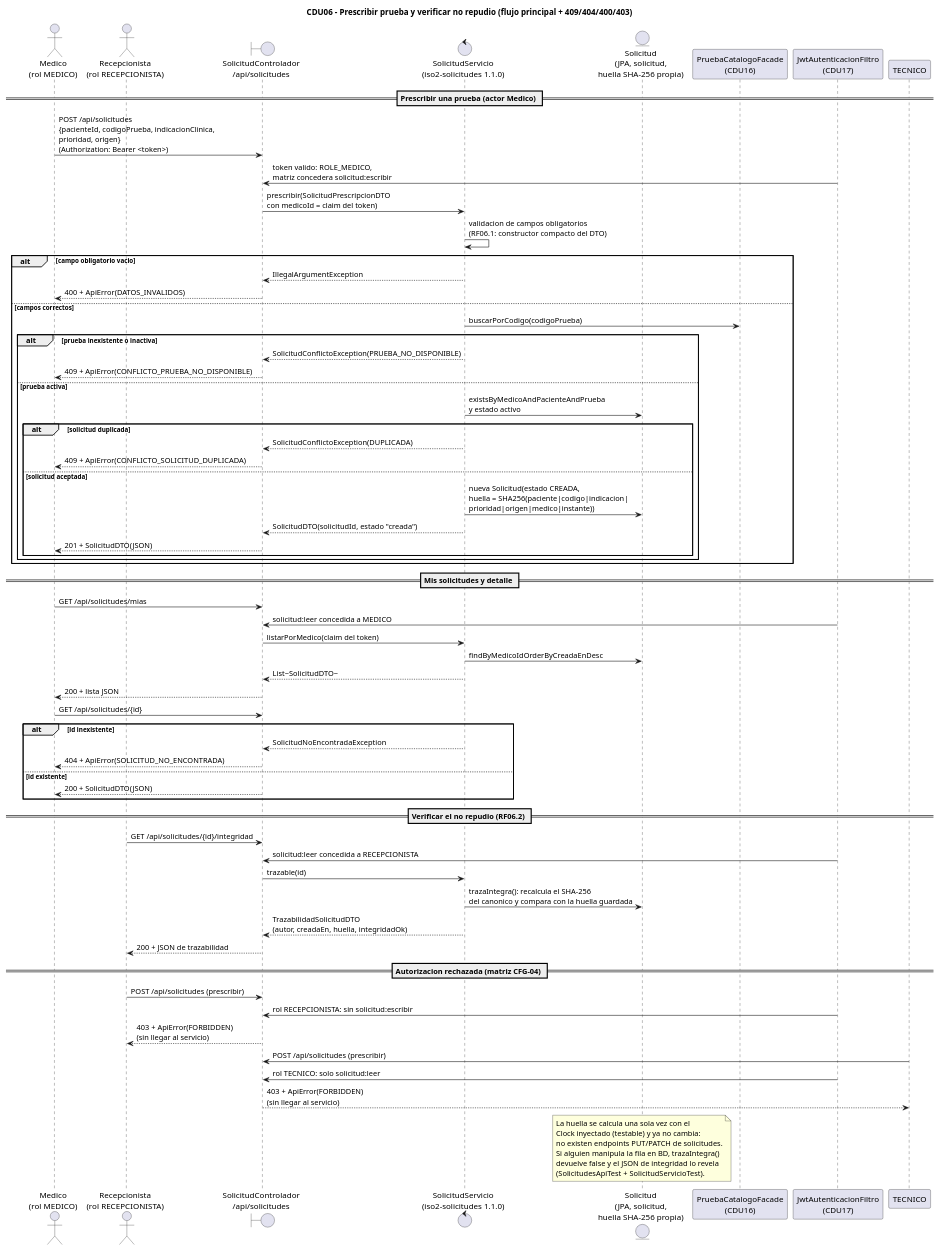
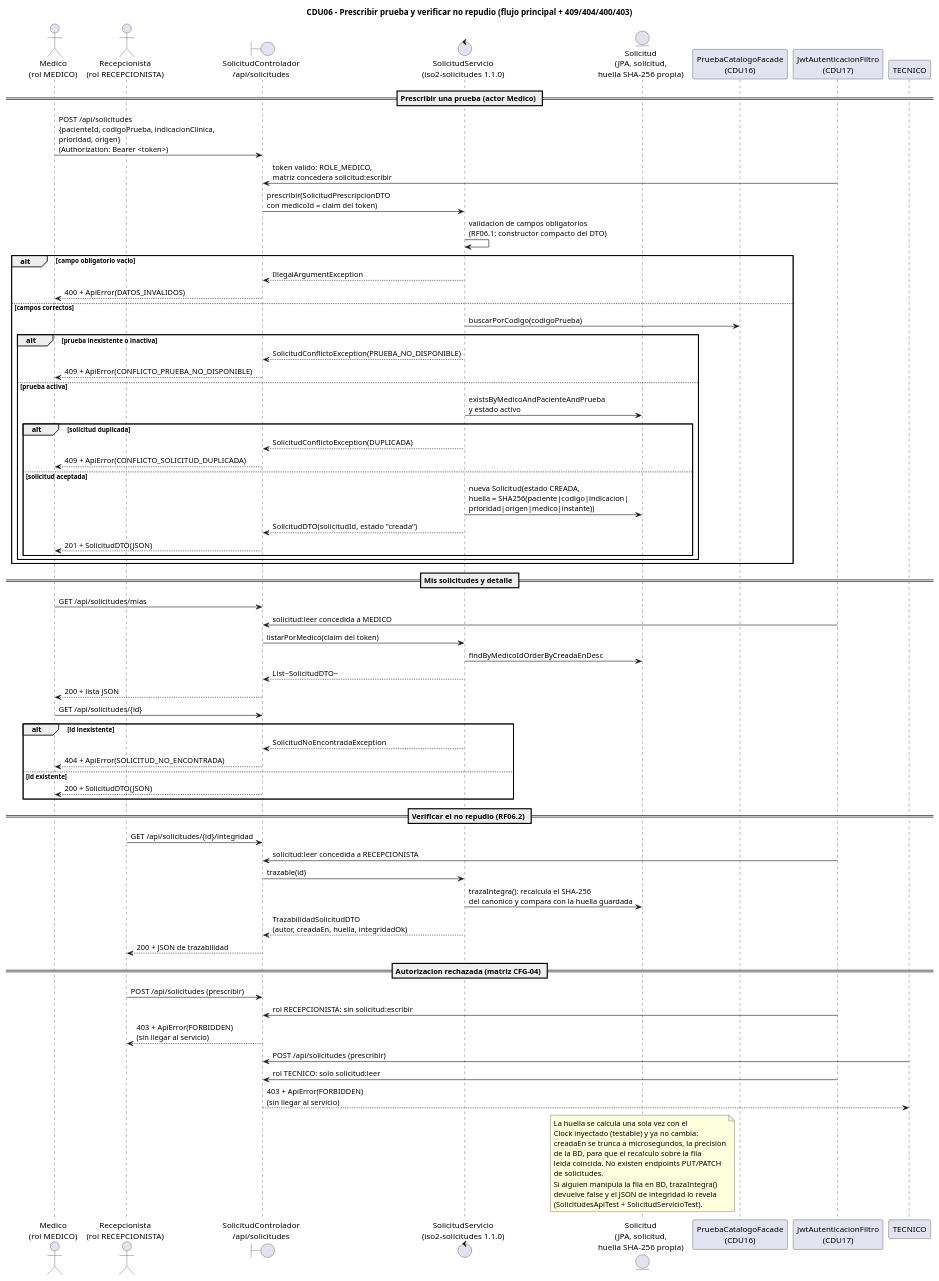
Before and after one commit to IsmaelCaballero/PrISO2-25-26: the diagram in docs/modelo/iter04/cdu06-secuencia.puml, drawn with PlantUML. The commit also changed 31 other files, not shown here.

```diff
--- a/docs/modelo/iter04/cdu06-secuencia.puml
+++ b/docs/modelo/iter04/cdu06-secuencia.puml
@@ -1,83 +1,86 @@
 @startuml cdu06-secuencia
 ' CDU06 (Iter4/CFG-04) - Secuencia de prescripcion, consulta y verificacion de huella
 ' Autor: agente (diseno previo al codigo, issue #30) - fuentes PlantUML (D31)
 title CDU06 - Prescribir prueba y verificar no repudio (flujo principal + 409/404/400/403)
 
 skinparam sequence {
   LifeLineParticipant true
 }
 
 actor "Medico\n(rol MEDICO)" as MEDICO
 actor "Recepcionista\n(rol RECEPCIONISTA)" as RECEP
 boundary "SolicitudControlador\n/api/solicitudes" as CTRL
 control "SolicitudServicio\n(iso2-solicitudes 1.1.0)" as SVC
 entity "Solicitud\n(JPA, solicitud,\nhuella SHA-256 propia)" as SOL
 participant "PruebaCatalogoFacade\n(CDU16)" as CAT
 participant "JwtAutenticacionFiltro\n(CDU17)" as FILTRO
 
 == Prescribir una prueba (actor Medico) ==
 MEDICO -> CTRL : POST /api/solicitudes\n{pacienteId, codigoPrueba, indicacionClinica,\nprioridad, origen}\n(Authorization: Bearer <token>)
 CTRL <- FILTRO : token valido: ROLE_MEDICO,\nmatriz concedera solicitud:escribir
 CTRL -> SVC : prescribir(SolicitudPrescripcionDTO\ncon medicoId = claim del token)
 SVC -> SVC : validacion de campos obligatorios\n(RF06.1: constructor compacto del DTO)
 alt campo obligatorio vacio
   SVC --> CTRL : IllegalArgumentException
   CTRL --> MEDICO : 400 + ApiError(DATOS_INVALIDOS)
 else campos correctos
   SVC -> CAT : buscarPorCodigo(codigoPrueba)
   alt prueba inexistente o inactiva
     SVC --> CTRL : SolicitudConflictoException(PRUEBA_NO_DISPONIBLE)
     CTRL --> MEDICO : 409 + ApiError(CONFLICTO_PRUEBA_NO_DISPONIBLE)
   else prueba activa
     SVC -> SOL : existsByMedicoAndPacienteAndPrueba\ny estado activo
     alt solicitud duplicada
       SVC --> CTRL : SolicitudConflictoException(DUPLICADA)
       CTRL --> MEDICO : 409 + ApiError(CONFLICTO_SOLICITUD_DUPLICADA)
     else solicitud aceptada
       SVC -> SOL : nueva Solicitud(estado CREADA,\nhuella = SHA256(paciente|codigo|indicacion|\nprioridad|origen|medico|instante))
       SVC --> CTRL : SolicitudDTO(solicitudId, estado "creada")
       CTRL --> MEDICO : 201 + SolicitudDTO(JSON)
     end
   end
 end
 
 == Mis solicitudes y detalle ==
 MEDICO -> CTRL : GET /api/solicitudes/mias
 CTRL <- FILTRO : solicitud:leer concedida a MEDICO
 CTRL -> SVC : listarPorMedico(claim del token)
 SVC -> SOL : findByMedicoIdOrderByCreadaEnDesc
 SVC --> CTRL : List~SolicitudDTO~
 CTRL --> MEDICO : 200 + lista JSON
 MEDICO -> CTRL : GET /api/solicitudes/{id}
 alt id inexistente
   SVC --> CTRL : SolicitudNoEncontradaException
   CTRL --> MEDICO : 404 + ApiError(SOLICITUD_NO_ENCONTRADA)
 else id existente
   CTRL --> MEDICO : 200 + SolicitudDTO(JSON)
 end
 
 == Verificar el no repudio (RF06.2) ==
 RECEP -> CTRL : GET /api/solicitudes/{id}/integridad
 CTRL <- FILTRO : solicitud:leer concedida a RECEPCIONISTA
 CTRL -> SVC : trazable(id)
 SVC -> SOL : trazaIntegra(): recalcula el SHA-256\ndel canonico y compara con la huella guardada
 SVC --> CTRL : TrazabilidadSolicitudDTO\n(autor, creadaEn, huella, integridadOk)
 CTRL --> RECEP : 200 + JSON de trazabilidad
 
 == Autorizacion rechazada (matriz CFG-04) ==
 RECEP -> CTRL : POST /api/solicitudes (prescribir)
 CTRL <- FILTRO : rol RECEPCIONISTA: sin solicitud:escribir
 CTRL --> RECEP : 403 + ApiError(FORBIDDEN)\n(sin llegar al servicio)
 TECNICO -> CTRL : POST /api/solicitudes (prescribir)
 CTRL <- FILTRO : rol TECNICO: solo solicitud:leer
 CTRL --> TECNICO : 403 + ApiError(FORBIDDEN)\n(sin llegar al servicio)
 
 note over SOL
   La huella se calcula una sola vez con el
   Clock inyectado (testable) y ya no cambia:
-  no existen endpoints PUT/PATCH de solicitudes.
+  creadaEn se trunca a microsegundos, la precision
+  de la BD, para que el recalculo sobre la fila
+  leida coincida. No existen endpoints PUT/PATCH
+  de solicitudes.
   Si alguien manipula la fila en BD, trazaIntegra()
   devuelve false y el JSON de integridad lo revela
   (SolicitudesApiTest + SolicitudServicioTest).
 end note
 @enduml
```
